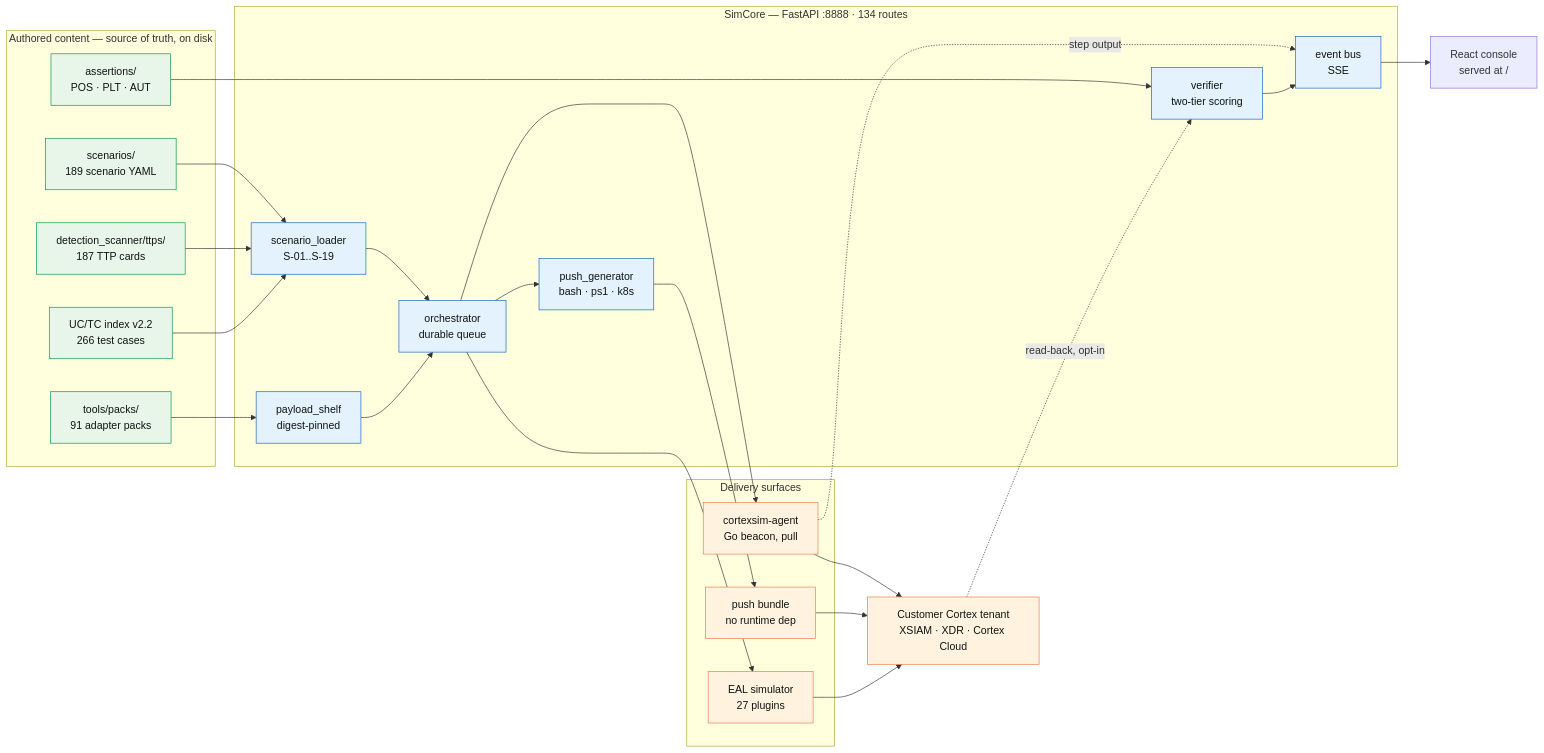
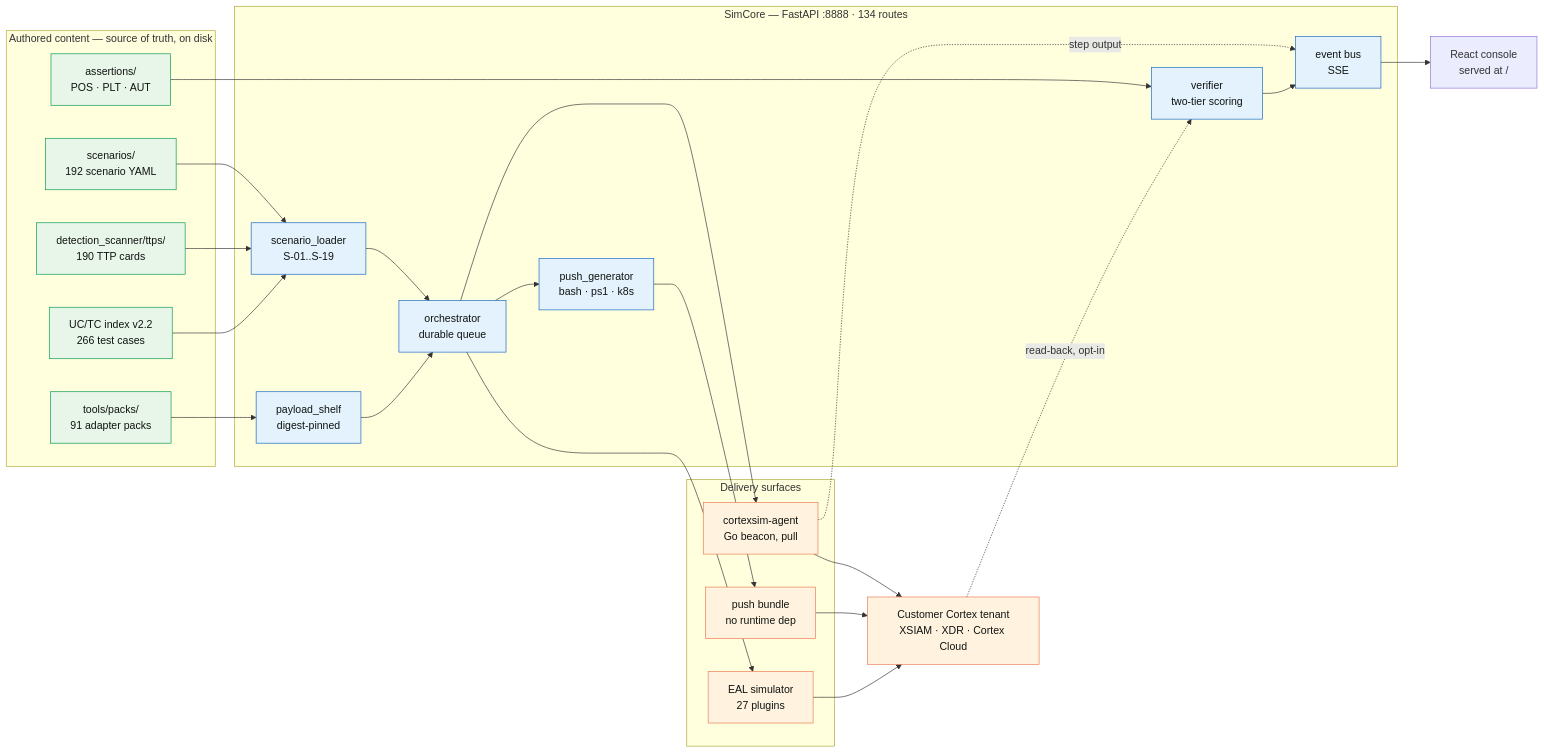
The first of 6 diagrams in README.md (hankthebldr/cortex-pov-engine), drawn with Mermaid before and after one commit. The commit also changed other lines of this file and 6 other files, not shown here.

Commit message:
docs: 192 scenarios / 190 cards, measured signal quality, SIM-MP-035..037

````diff
--- a/README.md
+++ b/README.md
@@ -193,54 +193,54 @@
 ```mermaid
 flowchart LR
     subgraph AUTHOR["Authored content — source of truth, on disk"]
-        SC["scenarios/<br/>189 scenario YAML"]
-        TTP["detection_scanner/ttps/<br/>187 TTP cards"]
+        SC["scenarios/<br/>192 scenario YAML"]
+        TTP["detection_scanner/ttps/<br/>190 TTP cards"]
         ASRT["assertions/<br/>POS · PLT · AUT"]
         PACK["tools/packs/<br/>91 adapter packs"]
         IDX["UC/TC index v2.2<br/>266 test cases"]
     end
 
     subgraph CORE["SimCore — FastAPI :8888 · 134 routes"]
         LOAD["scenario_loader<br/>S-01..S-19"]
         ORCH["orchestrator<br/>durable queue"]
         SHELF["payload_shelf<br/>digest-pinned"]
         VERIF["verifier<br/>two-tier scoring"]
         BUS["event bus<br/>SSE"]
         PUSH["push_generator<br/>bash · ps1 · k8s"]
     end
 
     subgraph EXEC["Delivery surfaces"]
         AGENT["cortexsim-agent<br/>Go beacon, pull"]
         BUNDLE["push bundle<br/>no runtime dep"]
         EAL["EAL simulator<br/>27 plugins"]
     end
 
     TENANT["Customer Cortex tenant<br/>XSIAM · XDR · Cortex Cloud"]
     UI["React console<br/>served at /"]
 
     SC --> LOAD
     TTP --> LOAD
     PACK --> SHELF
     IDX --> LOAD
     ASRT --> VERIF
     LOAD --> ORCH
     SHELF --> ORCH
     ORCH --> AGENT
     ORCH --> PUSH
     PUSH --> BUNDLE
     ORCH --> EAL
     AGENT --> TENANT
     BUNDLE --> TENANT
     EAL --> TENANT
     AGENT -. "step output" .-> BUS
     BUS --> UI
     TENANT -. "read-back, opt-in" .-> VERIF
     VERIF --> BUS
 
     classDef src fill:#e8f5e9,stroke:#00994d,color:#101411
     classDef eng fill:#e3f2fd,stroke:#1565c0,color:#101411
     classDef out fill:#fff3e0,stroke:#e87a4f,color:#101411
     class SC,TTP,ASRT,PACK,IDX src
     class LOAD,ORCH,SHELF,VERIF,BUS,PUSH eng
     class AGENT,BUNDLE,EAL,TENANT out
 ```
````
